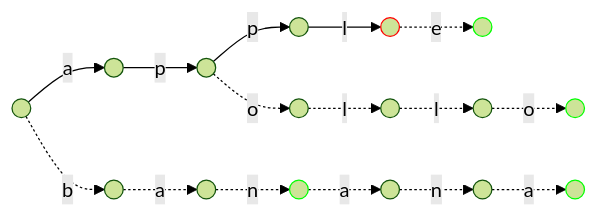
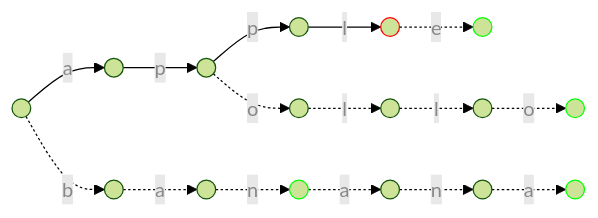
Before and after one commit to CHOYUNSIG/algorithm_with_boj: the third of 4 diagrams in _posts/2024-01-03-trie.md, drawn with Mermaid (forest theme). The commit also changed other lines of this file and 3 other files, not shown here.

````diff
--- a/_posts/2024-01-03-trie.md
+++ b/_posts/2024-01-03-trie.md
@@ -127,39 +127,39 @@
-```mermaid!
-graph LR
+<pre class="mermaid">
+    graph LR
 
-1 -- <p style="text-shadow: 0px 0px 2px white">a</p> --> 2
-1 -. <p style="text-shadow: 0px 0px 2px white">b</p> .-> 3
-2 -- <p style="text-shadow: 0px 0px 2px white">p</p> --> 4
-4 -- <p style="text-shadow: 0px 0px 2px white">p</p> --> 5
-5 -- <p style="text-shadow: 0px 0px 2px white">l</p> --> 6
-6 -. <p style="text-shadow: 0px 0px 2px white">e</p> .-> 7
-4 -. <p style="text-shadow: 0px 0px 2px white">o</p> .-> 8
-8 -. <p style="text-shadow: 0px 0px 2px white">l</p> .-> 9
-9 -. <p style="text-shadow: 0px 0px 2px white">l</p> .-> 10
-10 -. <p style="text-shadow: 0px 0px 2px white">o</p> .-> 11
-3 -. <p style="text-shadow: 0px 0px 2px white">a</p> .-> 12
-12 -. <p style="text-shadow: 0px 0px 2px white">n</p> .-> 13
-13 -. <p style="text-shadow: 0px 0px 2px white">a</p> .-> 14
-14 -. <p style="text-shadow: 0px 0px 2px white">n</p> .-> 15
-15 -. <p style="text-shadow: 0px 0px 2px white">a</p> .-> 16
+    1 -- <p style="color: #888">a</p> --> 2
+    1 -. <p style="color: #888">b</p> .-> 3
+    2 -- <p style="color: #888">p</p> --> 4
+    4 -- <p style="color: #888">p</p> --> 5
+    5 -- <p style="color: #888">l</p> --> 6
+    6 -. <p style="color: #888">e</p> .-> 7
+    4 -. <p style="color: #888">o</p> .-> 8
+    8 -. <p style="color: #888">l</p> .-> 9
+    9 -. <p style="color: #888">l</p> .-> 10
+    10 -. <p style="color: #888">o</p> .-> 11
+    3 -. <p style="color: #888">a</p> .-> 12
+    12 -. <p style="color: #888">n</p> .-> 13
+    13 -. <p style="color: #888">a</p> .-> 14
+    14 -. <p style="color: #888">n</p> .-> 15
+    15 -. <p style="color: #888">a</p> .-> 16
 
-1(( ))
-2(( ))
-3(( ))
-4(( ))
-5(( ))
-6(( )):::error
-7(( )):::end_flag
-8(( ))
-9(( ))
-10(( ))
-11(( )):::end_flag
-12(( ))
-13(( )):::end_flag
-14(( ))
-15(( ))
-16(( )):::end_flag
+    1(( ))
+    2(( ))
+    3(( ))
+    4(( ))
+    5(( ))
+    6(( )):::error
+    7(( )):::end_flag
+    8(( ))
+    9(( ))
+    10(( ))
+    11(( )):::end_flag
+    12(( ))
+    13(( )):::end_flag
+    14(( ))
+    15(( ))
+    16(( )):::end_flag
 
-classDef end_flag stroke:#0f0
-classDef error stroke:#f00
-```
+    classDef end_flag stroke:#0f0
+    classDef error stroke:#f00
+</pre>
````
